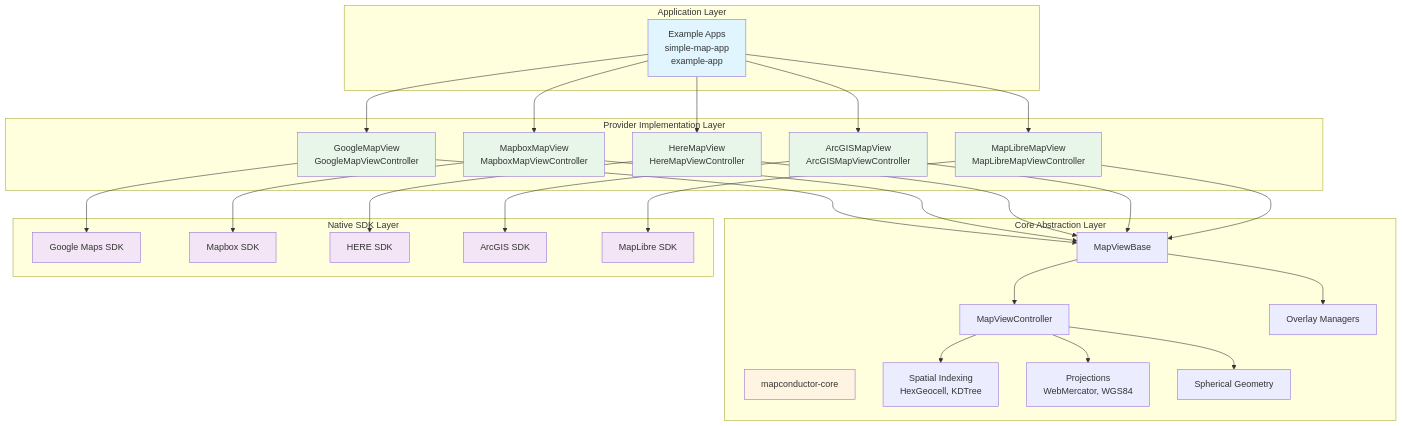
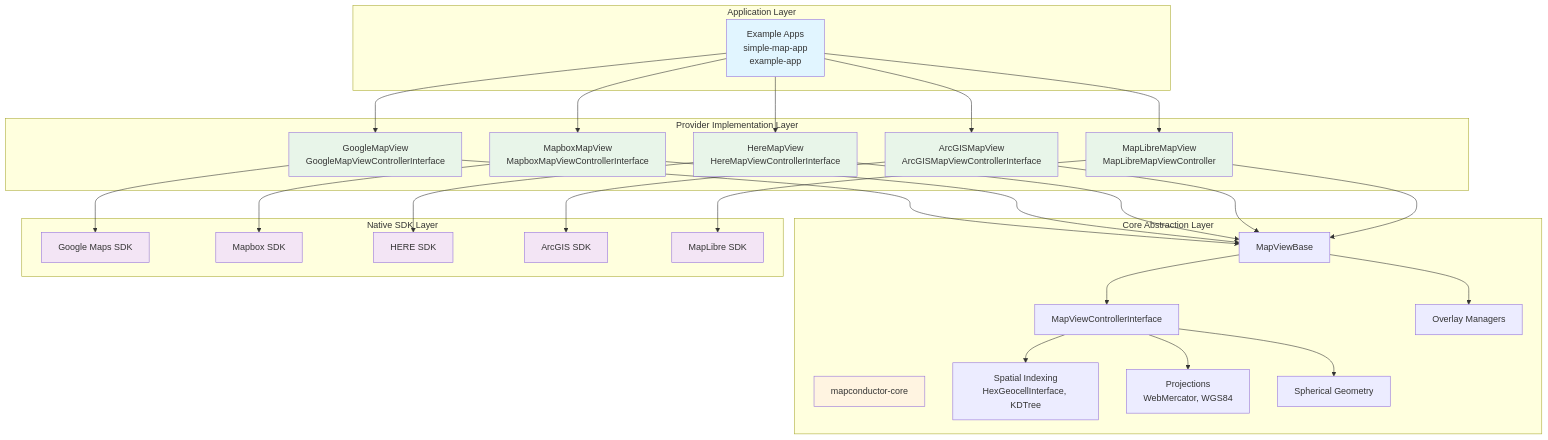
Before and after one commit to MapConductor/android-sdk: the first of 11 diagrams in ARCHITECTURE.md, drawn with Mermaid. The commit also changed other lines of this file and 596 other files, not shown here.

````diff
--- a/ARCHITECTURE.md
+++ b/ARCHITECTURE.md
@@ -19,69 +19,69 @@
 ```mermaid
 graph TB
     subgraph Application Layer
         APP[Example Apps<br/>simple-map-app<br/>example-app]
     end
 
     subgraph Provider Implementation Layer
-        GOOGLE[GoogleMapView<br/>GoogleMapViewController]
-        MAPBOX[MapboxMapView<br/>MapboxMapViewController]
-        HERE[HereMapView<br/>HereMapViewController]
-        ARCGIS[ArcGISMapView<br/>ArcGISMapViewController]
+        GOOGLE[GoogleMapView<br/>GoogleMapViewControllerInterface]
+        MAPBOX[MapboxMapView<br/>MapboxMapViewControllerInterface]
+        HERE[HereMapView<br/>HereMapViewControllerInterface]
+        ARCGIS[ArcGISMapView<br/>ArcGISMapViewControllerInterface]
         MAPLIBRE[MapLibreMapView<br/>MapLibreMapViewController]
     end
 
     subgraph Core Abstraction Layer
         CORE[mapconductor-core]
         MAPBASE[MapViewBase]
-        CONTROLLER[MapViewController]
+        CONTROLLER[MapViewControllerInterface]
         MANAGERS[Overlay Managers]
-        SPATIAL[Spatial Indexing<br/>HexGeocell, KDTree]
+        SPATIAL[Spatial Indexing<br/>HexGeocellInterface, KDTree]
         PROJECTION[Projections<br/>WebMercator, WGS84]
         GEOMETRY[Spherical Geometry]
     end
 
     subgraph Native SDK Layer
         GMAPS[Google Maps SDK]
         MBOX[Mapbox SDK]
         HMAP[HERE SDK]
         AGIS[ArcGIS SDK]
         MLIBRE[MapLibre SDK]
     end
 
     APP --> GOOGLE
     APP --> MAPBOX
     APP --> HERE
     APP --> ARCGIS
     APP --> MAPLIBRE
 
     GOOGLE --> MAPBASE
     MAPBOX --> MAPBASE
     HERE --> MAPBASE
     ARCGIS --> MAPBASE
     MAPLIBRE --> MAPBASE
 
     MAPBASE --> CONTROLLER
     MAPBASE --> MANAGERS
     CONTROLLER --> SPATIAL
     CONTROLLER --> PROJECTION
     CONTROLLER --> GEOMETRY
 
     GOOGLE --> GMAPS
     MAPBOX --> MBOX
     HERE --> HMAP
     ARCGIS --> AGIS
     MAPLIBRE --> MLIBRE
 
     style APP fill:#e1f5ff
     style CORE fill:#fff4e1
     style GOOGLE fill:#e8f5e9
     style MAPBOX fill:#e8f5e9
     style HERE fill:#e8f5e9
     style ARCGIS fill:#e8f5e9
     style MAPLIBRE fill:#e8f5e9
     style GMAPS fill:#f3e5f5
     style MBOX fill:#f3e5f5
     style HMAP fill:#f3e5f5
     style AGIS fill:#f3e5f5
     style MLIBRE fill:#f3e5f5
 ```
````
